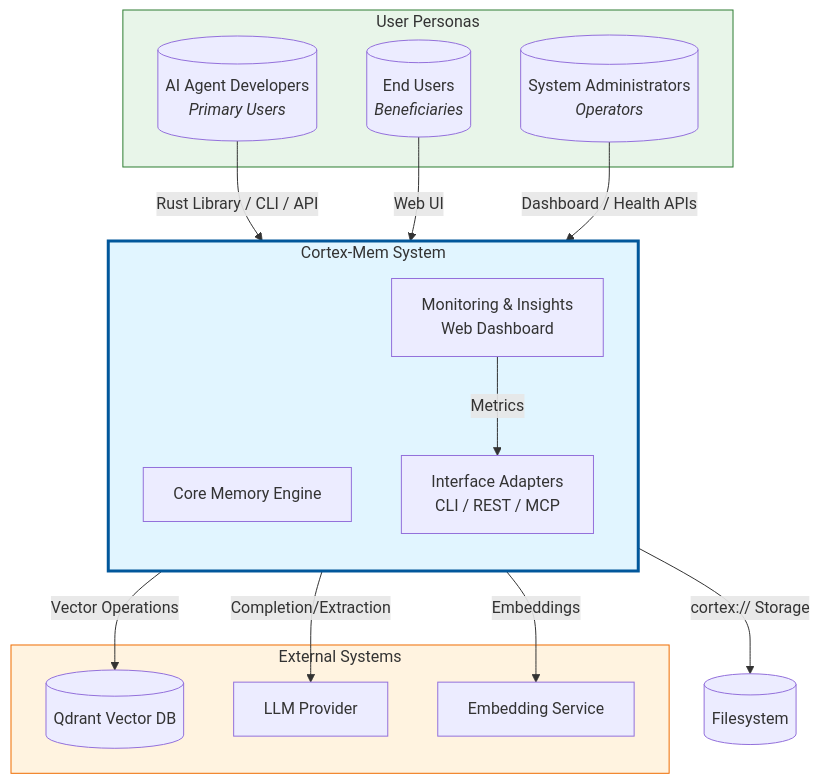
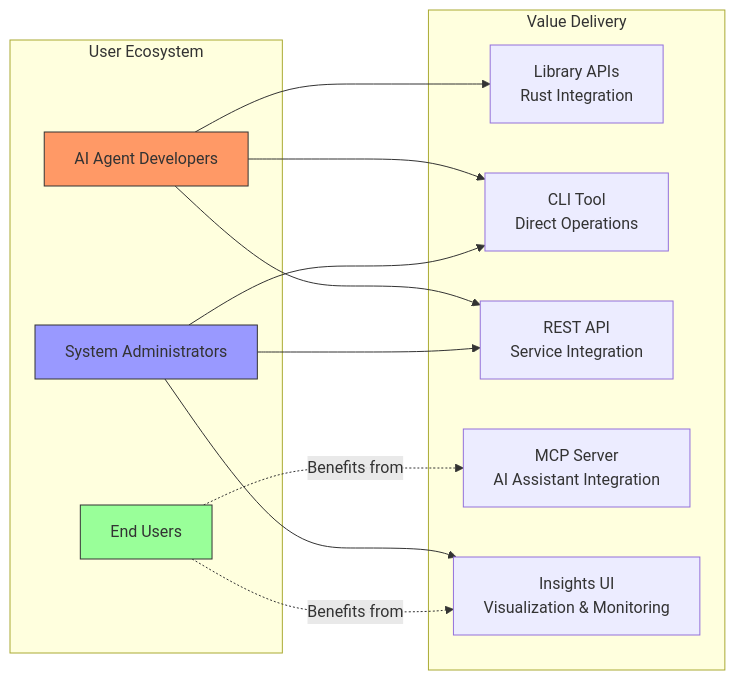
Before and after one commit to sopaco/cortex-mem: the second of 14 diagrams in litho.docs/en/2.Architecture.md, drawn with Mermaid. The commit also changed other lines of this file and 45 other files, not shown here.

````diff
--- a/litho.docs/en/2.Architecture.md
+++ b/litho.docs/en/2.Architecture.md
@@ -93,36 +91,29 @@
 ```mermaid
-flowchart TB
-    subgraph Users["User Personas"]
-        Dev[(AI Agent Developers<br/><i>Primary Users</i>)]
-        EndUser[(End Users<br/><i>Beneficiaries</i>)]
-        Admin[(System Administrators<br/><i>Operators</i>)]
+graph LR
+    subgraph Users["User Ecosystem"]
+        DEV[AI Agent Developers]
+        END[End Users]
+        OPS[System Administrators]
     end
     
-    subgraph CortexMem["Cortex-Mem System"]
-        direction TB
-        Core[Core Memory Engine]
-        Interfaces[Interface Adapters<br/>CLI / REST / MCP]
-        Insights[Monitoring & Insights<br/>Web Dashboard]
+    subgraph Value["Value Delivery"]
+        LIB[Library APIs<br/>Rust Integration]
+        CLI[CLI Tool<br/>Direct Operations]
+        HTTP[REST API<br/>Service Integration]
+        MCP[MCP Server<br/>AI Assistant Integration]
+        UI[Insights UI<br/>Visualization & Monitoring]
     end
     
-    subgraph External["External Systems"]
-        Qdrant[(Qdrant Vector DB)]
-        LLM[LLM Provider]
-        Embed[Embedding Service]
-    end
+    DEV --> LIB
+    DEV --> CLI
+    DEV --> HTTP
+    OPS --> CLI
+    OPS --> HTTP
+    OPS --> UI
+    END -.->|Benefits from| MCP
+    END -.->|Benefits from| UI
     
-    Dev -->|Rust Library / CLI / API| Interfaces
-    EndUser -->|Web UI| Insights
-    Admin -->|Dashboard / Health APIs| Insights
-    
-    Interfaces -->|Vector Operations| Qdrant
-    Core -->|Embeddings| Embed
-    Core -->|Completion/Extraction| LLM
-    Core -->|cortex:// Storage| FS[(Filesystem)]
-    
-    Insights -->|Metrics| Interfaces
-    
-    style CortexMem fill:#e1f5ff,stroke:#01579b,stroke-width:3px
-    style Users fill:#e8f5e9,stroke:#2e7d32
-    style External fill:#fff3e0,stroke:#ef6c00
+    style DEV fill:#f96,stroke:#333
+    style END fill:#9f9,stroke:#333
+    style OPS fill:#99f,stroke:#333
 ```
````
